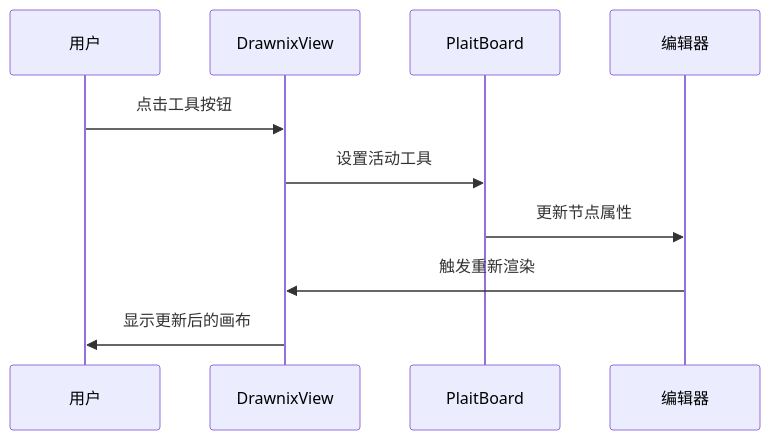
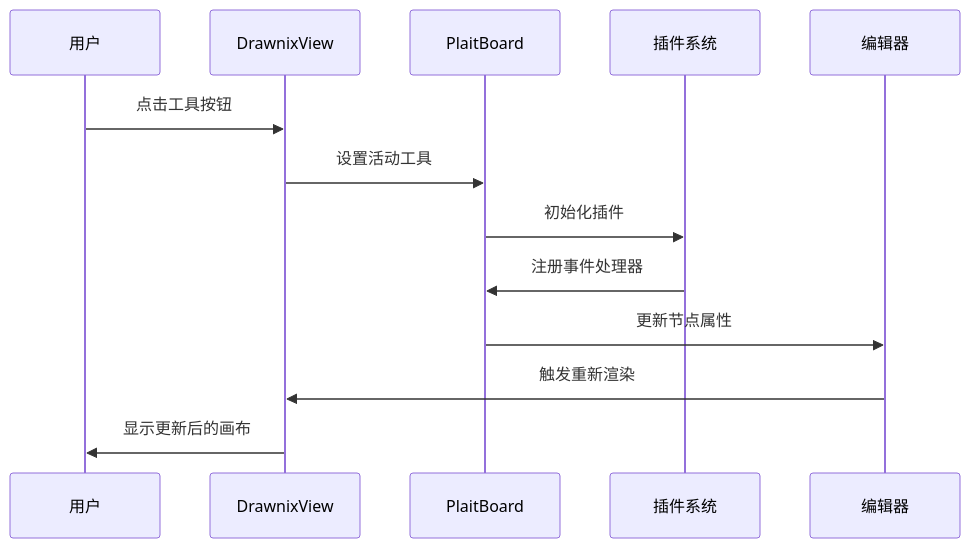
One commit to LRF0422/Kotion changed the fifth of 12 diagrams in .qoder/repowiki/zh/content/Plugin Drawnix.md. Above: the diagram before and after it, drawn with Mermaid. The commit also changed other lines of this file and 34 other files, not shown here.

````diff
--- a/.qoder/repowiki/zh/content/Plugin Drawnix.md
+++ b/.qoder/repowiki/zh/content/Plugin Drawnix.md
@@ -171,12 +203,15 @@
 ```mermaid
 sequenceDiagram
 participant User as 用户
 participant View as DrawnixView
 participant Board as PlaitBoard
+participant Plugins as 插件系统
 participant Editor as 编辑器
 User->>View : 点击工具按钮
 View->>Board : 设置活动工具
+Board->>Plugins : 初始化插件
+Plugins->>Board : 注册事件处理器
 Board->>Editor : 更新节点属性
 Editor->>View : 触发重新渲染
 View->>User : 显示更新后的画布
 ```
````
